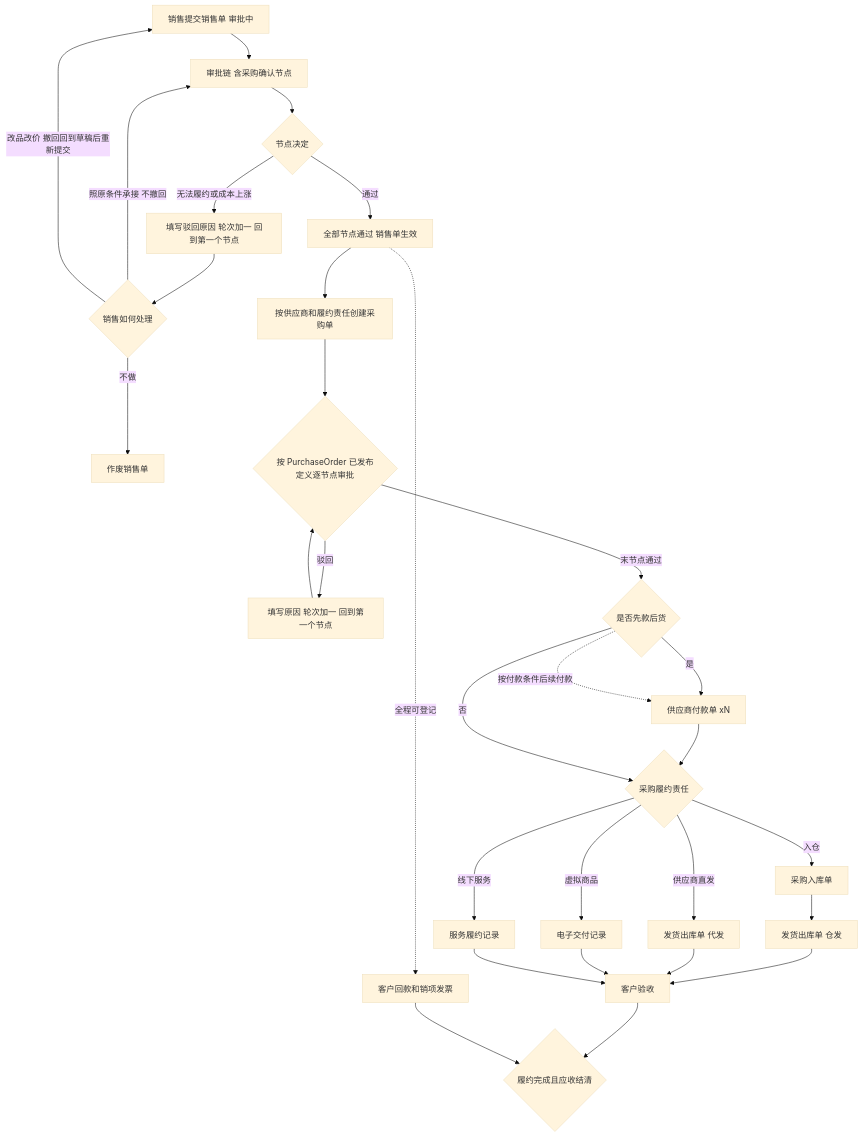
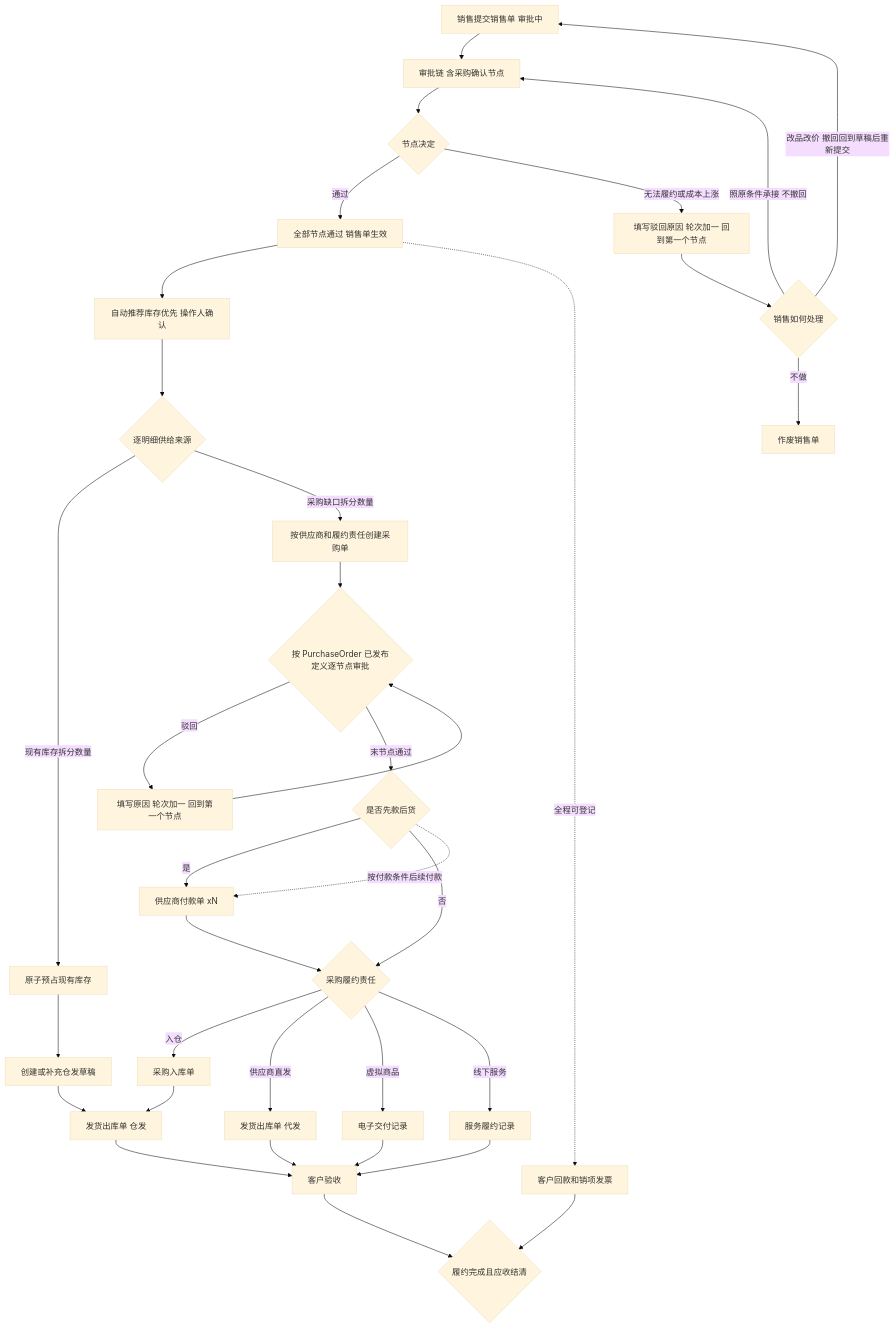
Before and after one commit to mztlive/erp: the seventh of 11 diagrams in docs/erp-phase-1.md, drawn with Mermaid (base theme). The commit also changed other lines of this file and 52 other files, not shown here.

````diff
--- a/docs/erp-phase-1.md
+++ b/docs/erp-phase-1.md
@@ -622,54 +623,63 @@
 ```mermaid
 flowchart TD
   销售单[销售提交销售单 审批中]
   二次确认[审批链 含采购确认节点]
   确认结果{节点决定}
   驳回[填写驳回原因 轮次加一 回到第一个节点]
   处理{销售如何处理}
   作废[作废销售单]
   生效[全部节点通过 销售单生效]
+  供给分配[自动推荐库存优先 操作人确认]
+  供给来源{逐明细供给来源}
+  库存预占[原子预占现有库存]
+  仓发草稿[创建或补充仓发草稿]
   采购单[按供应商和履约责任创建采购单]
   采购审批{按 PurchaseOrder 已发布定义逐节点审批}
   驳回采购[填写原因 轮次加一 回到第一个节点]
   条件{是否先款后货}
   付款[供应商付款单 xN]
   履约{采购履约责任}
   入库[采购入库单]
   仓发[发货出库单 仓发]
   代发[发货出库单 代发]
   电子[电子交付记录]
   服务[服务履约记录]
   验收[客户验收]
   客户票款[客户回款和销项发票]
   关闭{履约完成且应收结清}
 
   销售单 --> 二次确认
   二次确认 --> 确认结果
   确认结果 -->|通过| 生效
-  生效 --> 采购单
+  生效 --> 供给分配
+  供给分配 --> 供给来源
+  供给来源 -->|现有库存拆分数量| 库存预占
+  库存预占 --> 仓发草稿
+  仓发草稿 --> 仓发
+  供给来源 -->|采购缺口拆分数量| 采购单
   确认结果 -->|无法履约或成本上涨| 驳回
   驳回 --> 处理
   处理 -->|照原条件承接 不撤回| 二次确认
   处理 -->|改品改价 撤回回到草稿后重新提交| 销售单
   处理 -->|不做| 作废
   采购单 --> 采购审批
   采购审批 -->|驳回| 驳回采购
   驳回采购 --> 采购审批
   采购审批 -->|末节点通过| 条件
   条件 -->|是| 付款
   付款 --> 履约
   条件 -->|否| 履约
   条件 -.->|按付款条件后续付款| 付款
   履约 -->|入仓| 入库
   入库 --> 仓发
   履约 -->|供应商直发| 代发
   履约 -->|虚拟商品| 电子
   履约 -->|线下服务| 服务
   仓发 --> 验收
   代发 --> 验收
   电子 --> 验收
   服务 --> 验收
   生效 -.->|全程可登记| 客户票款
   验收 --> 关闭
   客户票款 --> 关闭
 ```
````
